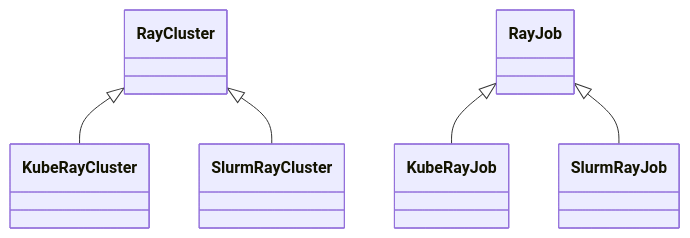
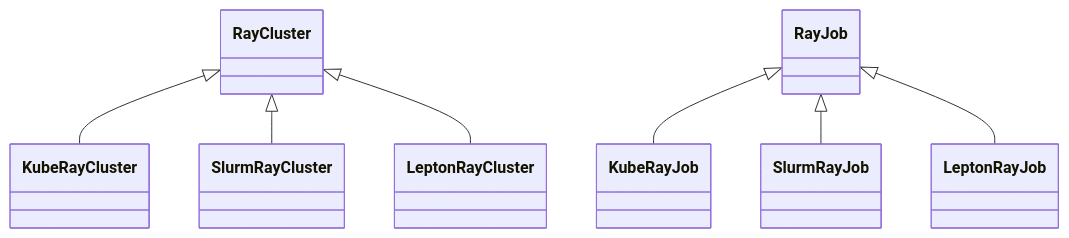
The diagram in docs/guides/ray.md (NVIDIA-NeMo/Run), drawn with Mermaid before and after one commit. The commit also changed other lines of this file, not shown here.

First line of the commit message:
Add doc for DGXC Lepton RayClusters

````diff
--- a/docs/guides/ray.md
+++ b/docs/guides/ray.md
@@ -33,7 +33,9 @@
 ```mermaid
 classDiagram
     RayCluster <|-- KubeRayCluster
     RayCluster <|-- SlurmRayCluster
+    RayCluster <|-- LeptonRayCluster
     RayJob     <|-- KubeRayJob
     RayJob     <|-- SlurmRayJob
+    RayJob     <|-- LeptonRayJob
 ```
````
